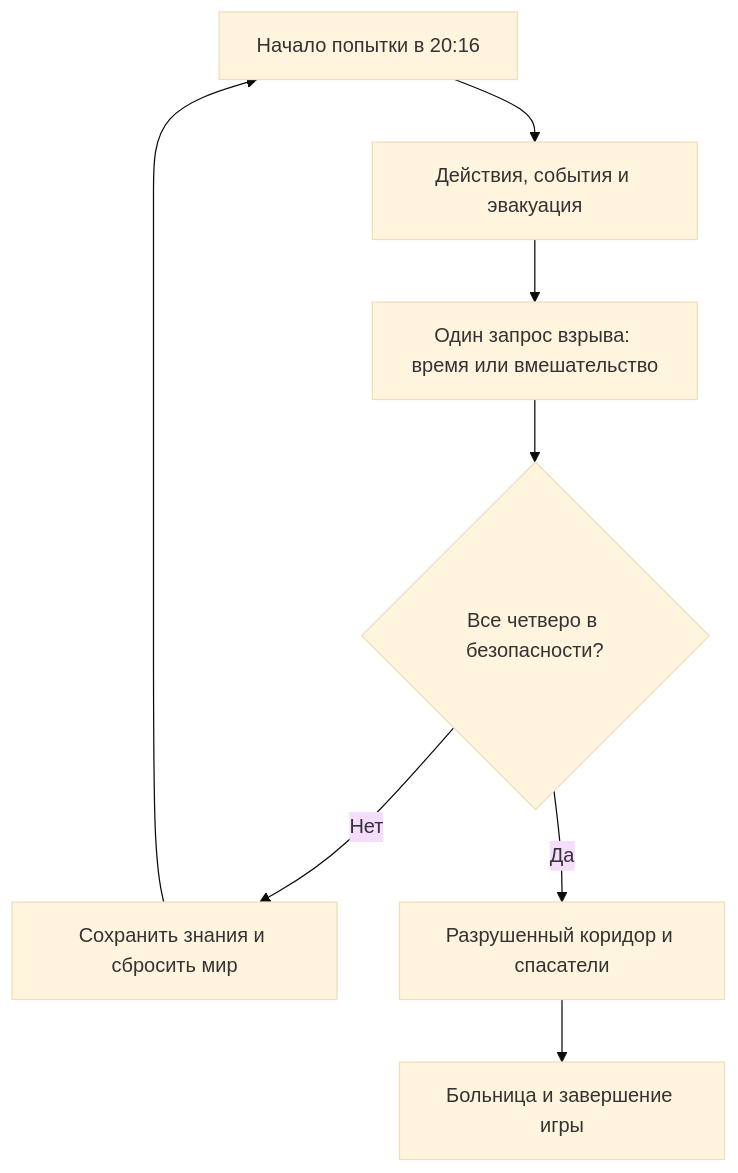
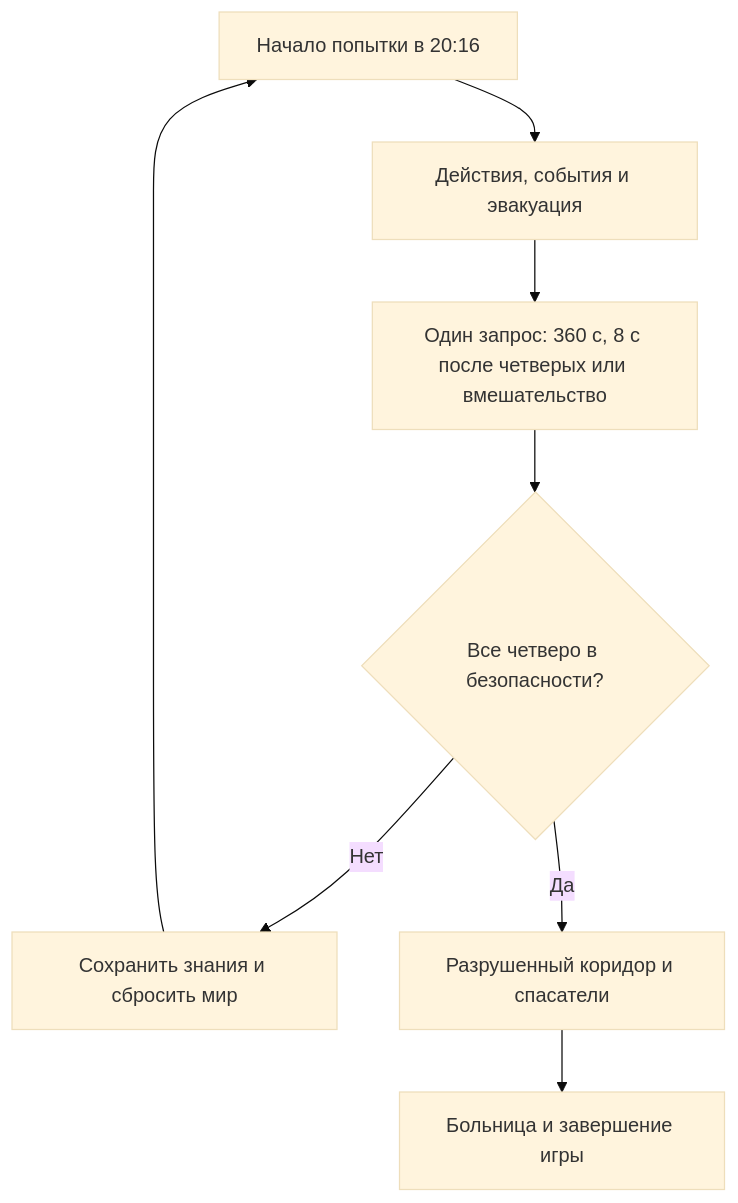
The third of 3 diagrams in Docs/GDD.md (rez0nex/Motel), drawn with Mermaid (base theme) before and after one commit. The commit also changed other lines of this file and 487 other files, not shown here.

````diff
--- a/Docs/GDD.md
+++ b/Docs/GDD.md
@@ -461,10 +500,10 @@
 ```mermaid
 flowchart TD
     A["Начало попытки в 20:16"] --> B["Действия, события и эвакуация"]
-    B --> C["Один запрос взрыва: время или вмешательство"]
+    B --> C["Один запрос: 360 с, 8 с после четверых или вмешательство"]
     C --> D{"Все четверо в безопасности?"}
     D -->|Нет| E["Сохранить знания и сбросить мир"]
     E --> A
     D -->|Да| F["Разрушенный коридор и спасатели"]
     F --> G["Больница и завершение игры"]
 ```
````
